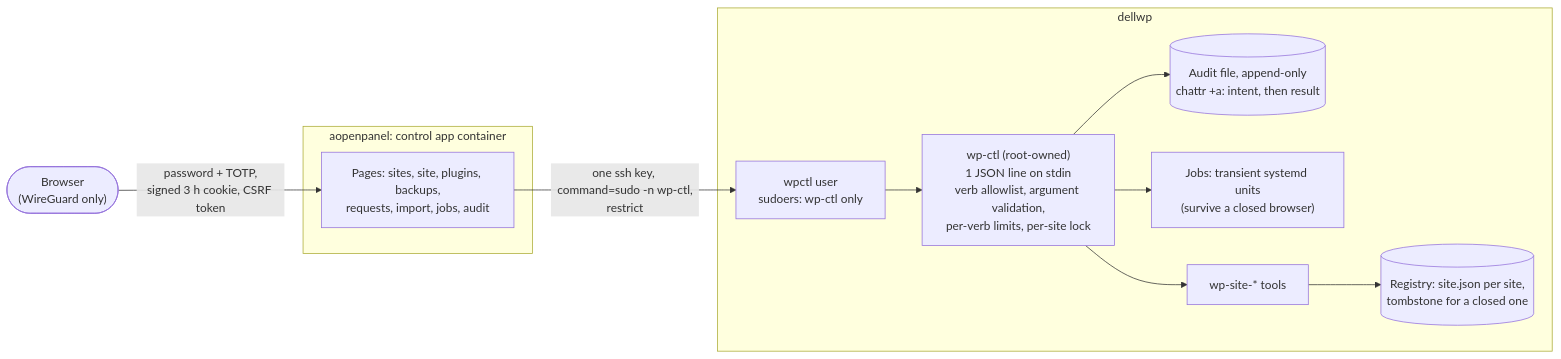
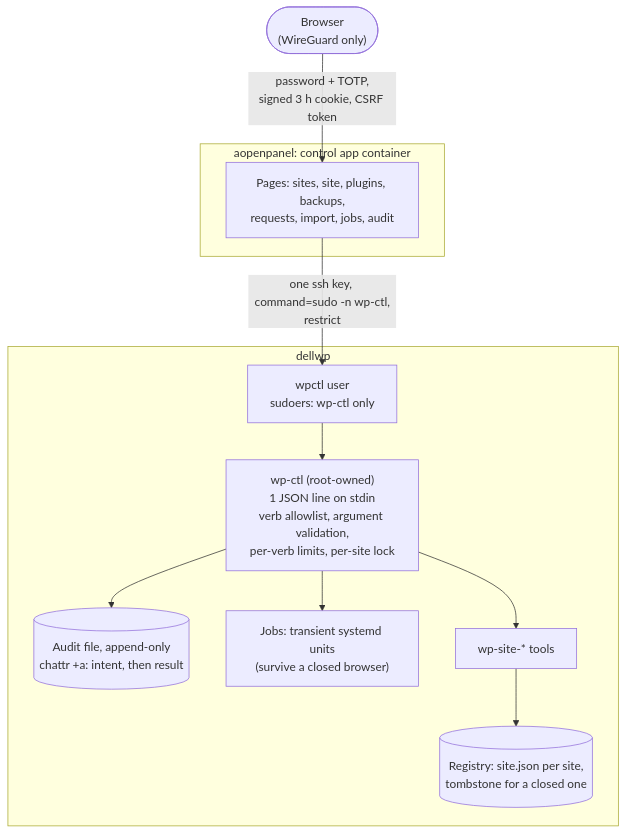
Before and after one commit to quaint666/wp-hosting-archive: the fourth of 7 diagrams in docs/architecture.md, drawn with Mermaid. The commit also changed 2 other files, not shown here.

Commit message:
Add the MIT licence; lay the control-chain diagram out top to bottom

````diff
--- a/docs/architecture.md
+++ b/docs/architecture.md
@@ -118,18 +118,18 @@
 ```mermaid
-flowchart LR
+flowchart TB
     b(["Browser<br/>(WireGuard only)"]) -->|"password + TOTP,<br/>signed 3 h cookie, CSRF token"| app
 
     subgraph panel["aopenpanel: control app container"]
         app["Pages: sites, site, plugins, backups,<br/>requests, import, jobs, audit"]
     end
 
     app -->|"one ssh key, command=sudo -n wp-ctl,<br/>restrict"| ssh["wpctl user<br/>sudoers: wp-ctl only"]
 
     subgraph vm["dellwp"]
         ssh --> disp["wp-ctl (root-owned)<br/>1 JSON line on stdin<br/>verb allowlist, argument validation,<br/>per-verb limits, per-site lock"]
         disp --> aud[("Audit file, append-only<br/>chattr +a: intent, then result")]
         disp --> jobs["Jobs: transient systemd units<br/>(survive a closed browser)"]
         disp --> t["wp-site-* tools"]
         t --> reg[("Registry: site.json per site,<br/>tombstone for a closed one")]
     end
 ```
````
